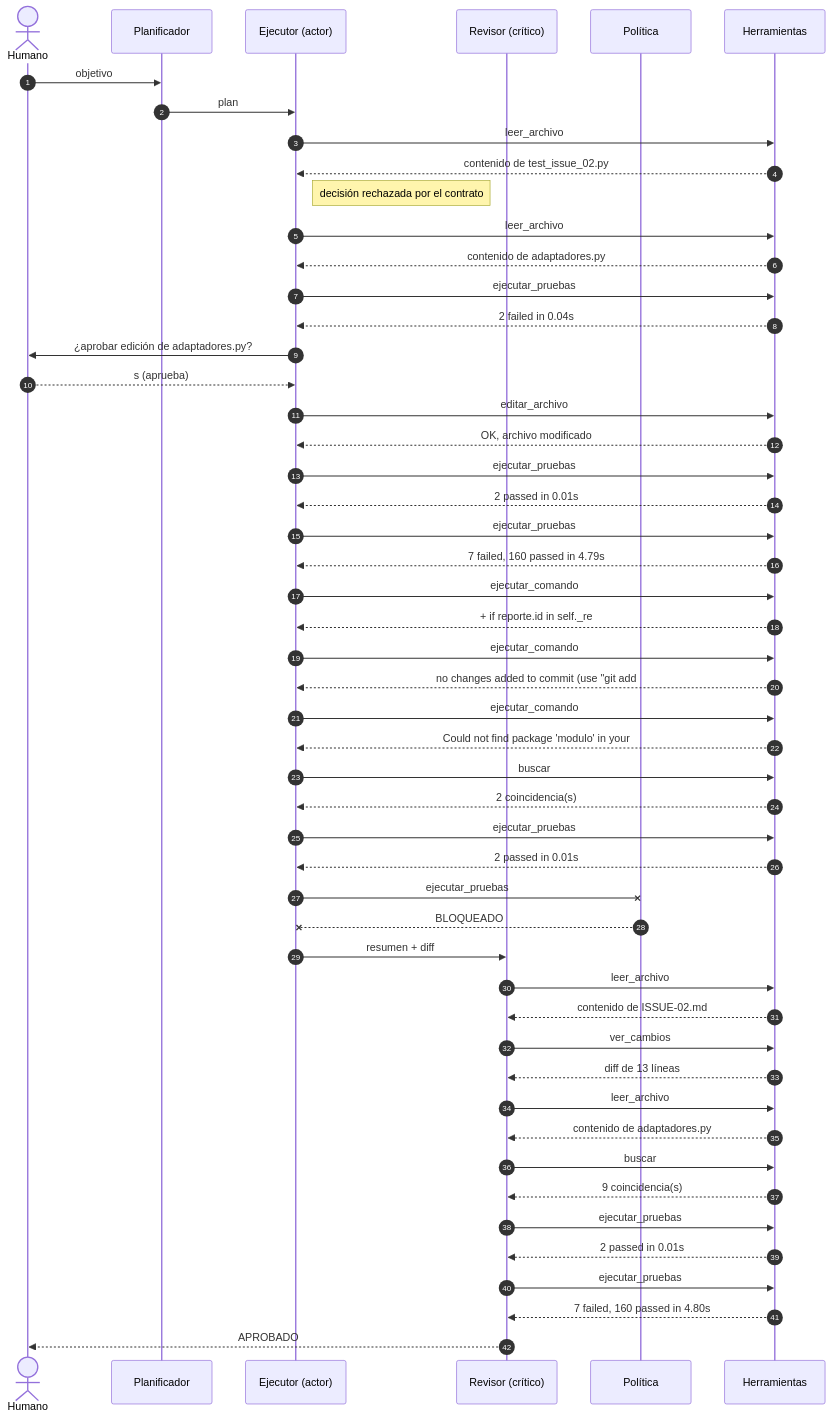
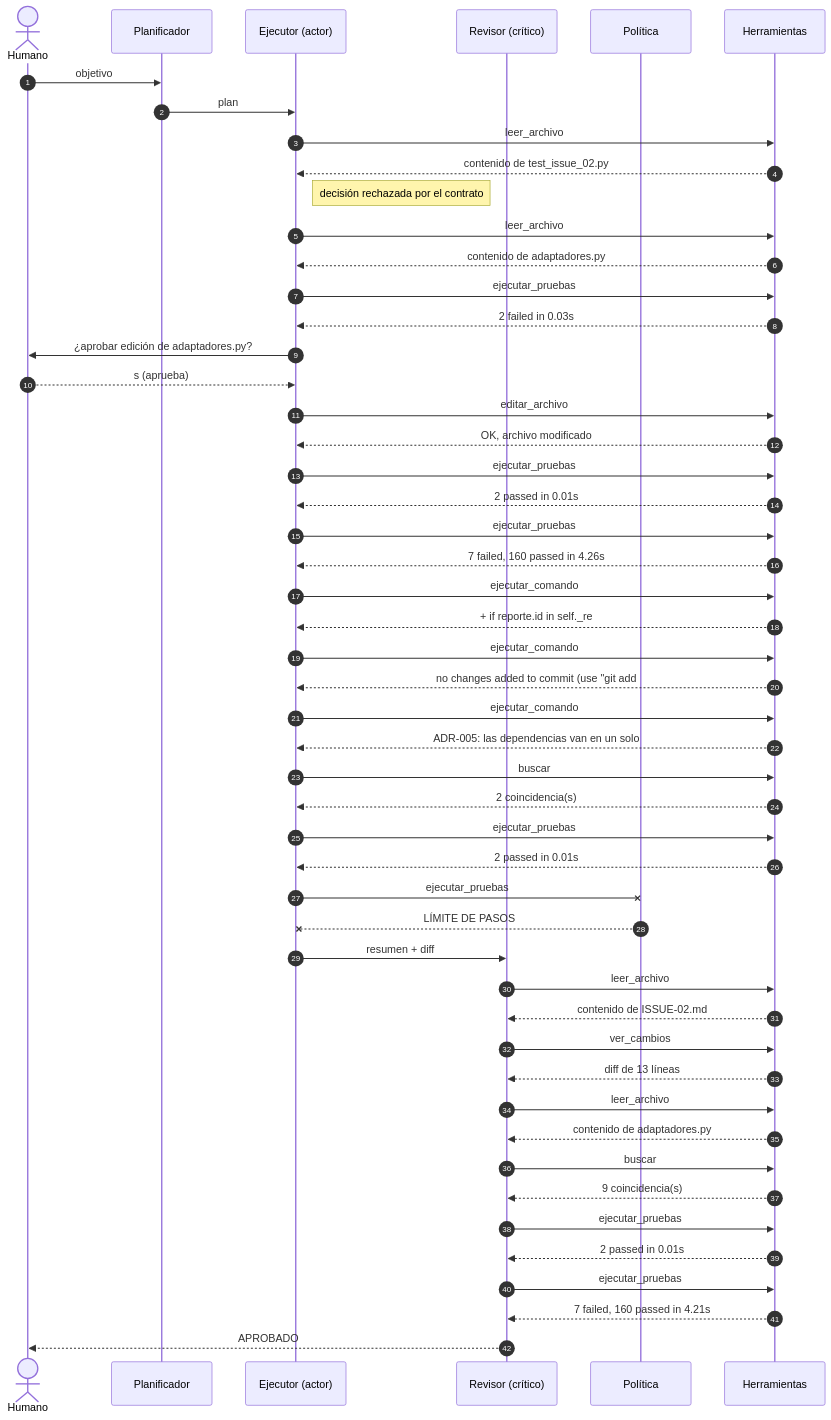
Before and after one commit to DavidOliva06/cs-2026b-lab04-grupo06: the diagram in agentes/trazas/issue02/multi/trayectoria.mmd, drawn with Mermaid. The commit also changed 23 other files, not shown here.

```diff
--- a/agentes/trazas/issue02/multi/trayectoria.mmd
+++ b/agentes/trazas/issue02/multi/trayectoria.mmd
@@ -1,51 +1,51 @@
 sequenceDiagram
     autonumber
     actor U as Humano
     participant PL as Planificador
     participant EJ as Ejecutor (actor)
     participant RV as Revisor (crítico)
     participant P as Política
     participant H as Herramientas
     U->>PL: objetivo
     PL->>EJ: plan
     EJ->>H: leer_archivo
     H-->>EJ: contenido de test_issue_02.py
     Note right of EJ: decisión rechazada por el contrato
     EJ->>H: leer_archivo
     H-->>EJ: contenido de adaptadores.py
     EJ->>H: ejecutar_pruebas
-    H-->>EJ: 2 failed in 0.04s
+    H-->>EJ: 2 failed in 0.03s
     EJ->>U: ¿aprobar edición de adaptadores.py?
     U-->>EJ: s (aprueba)
     EJ->>H: editar_archivo
     H-->>EJ: OK, archivo modificado
     EJ->>H: ejecutar_pruebas
     H-->>EJ: 2 passed in 0.01s
     EJ->>H: ejecutar_pruebas
-    H-->>EJ: 7 failed, 160 passed in 4.79s
+    H-->>EJ: 7 failed, 160 passed in 4.26s
     EJ->>H: ejecutar_comando
     H-->>EJ: +        if reporte.id in self._re
     EJ->>H: ejecutar_comando
     H-->>EJ: no changes added to commit (use "git add
     EJ->>H: ejecutar_comando
-    H-->>EJ: Could not find package 'modulo' in your 
+    H-->>EJ: ADR-005: las dependencias van en un solo
     EJ->>H: buscar
     H-->>EJ: 2 coincidencia(s)
     EJ->>H: ejecutar_pruebas
     H-->>EJ: 2 passed in 0.01s
     EJ-xP: ejecutar_pruebas
-    P--xEJ: BLOQUEADO
+    P--xEJ: LÍMITE DE PASOS
     EJ->>RV: resumen + diff
     RV->>H: leer_archivo
     H-->>RV: contenido de ISSUE-02.md
     RV->>H: ver_cambios
     H-->>RV: diff de 13 líneas
     RV->>H: leer_archivo
     H-->>RV: contenido de adaptadores.py
     RV->>H: buscar
     H-->>RV: 9 coincidencia(s)
     RV->>H: ejecutar_pruebas
     H-->>RV: 2 passed in 0.01s
     RV->>H: ejecutar_pruebas
-    H-->>RV: 7 failed, 160 passed in 4.80s
+    H-->>RV: 7 failed, 160 passed in 4.21s
     RV-->>U: APROBADO
```
